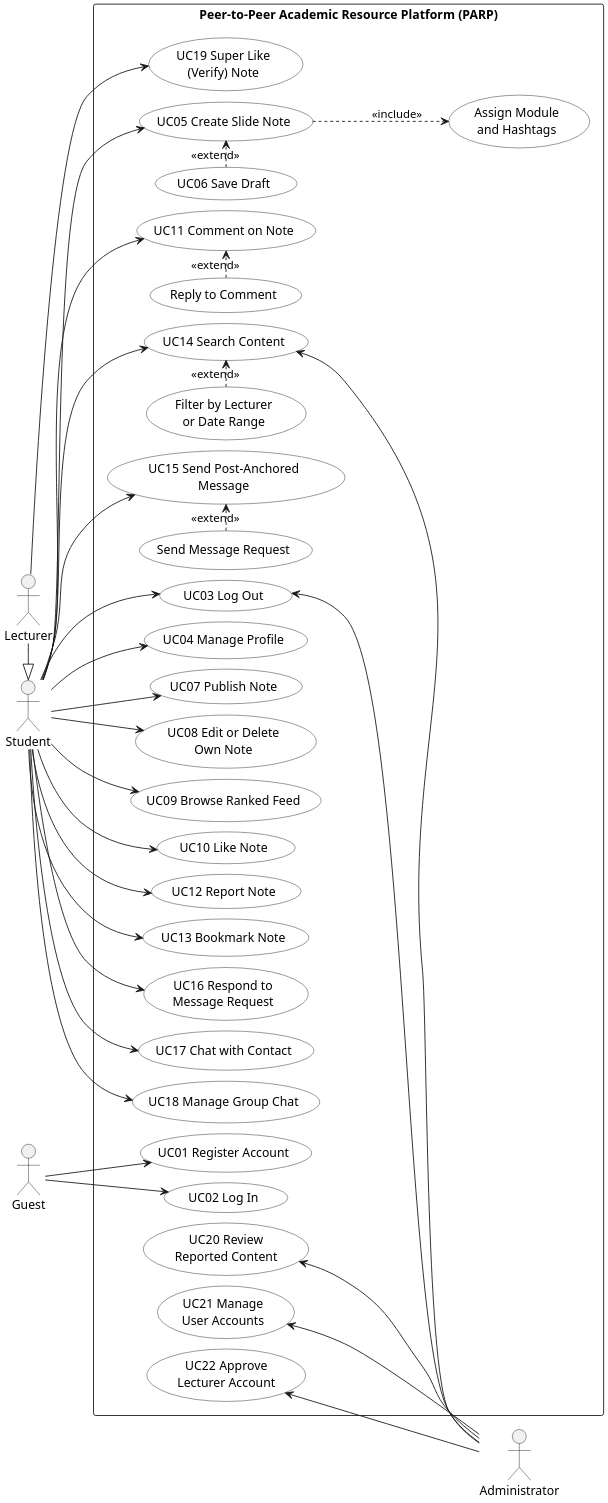
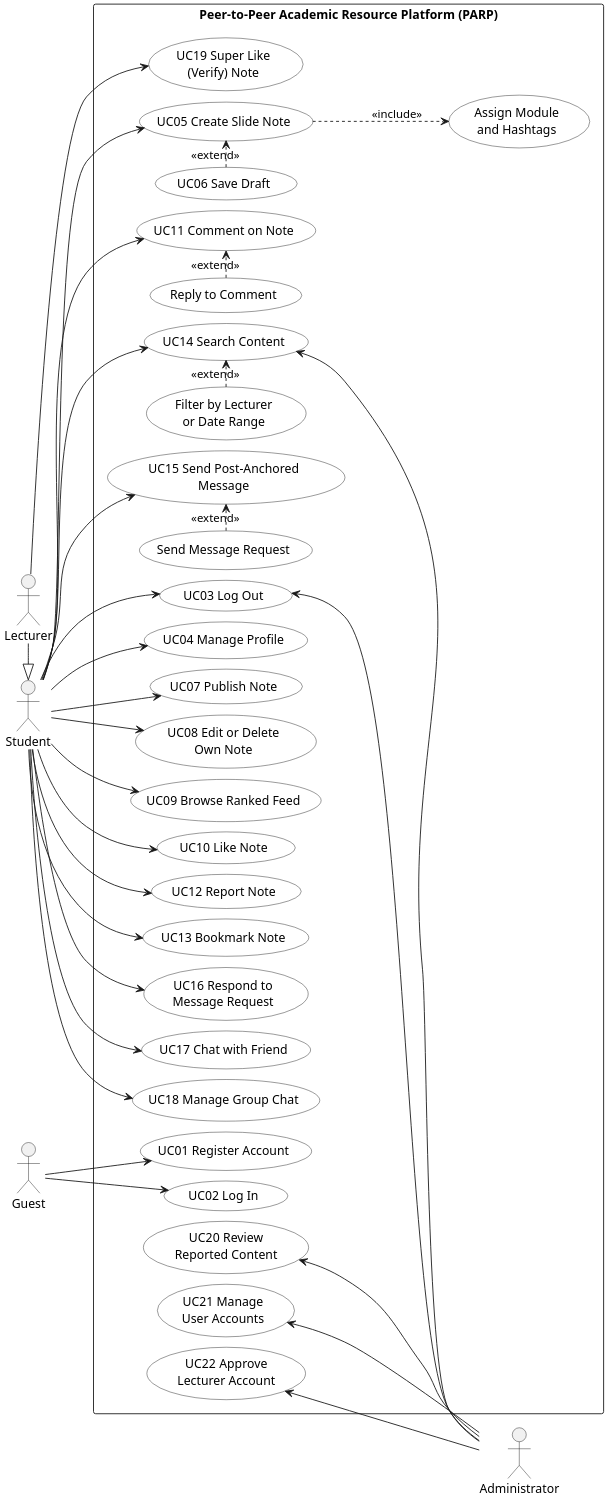
The diagram in docs/chapter4/diagrams/src/01_use_case.puml (qicai14/NotaLah), drawn with PlantUML before and after one commit. The commit also changed 9 other files, not shown here.

First line of the commit message:
Update ERD and contact diagrams for follows, snapshot, rate limit

```diff
--- a/docs/chapter4/diagrams/src/01_use_case.puml
+++ b/docs/chapter4/diagrams/src/01_use_case.puml
@@ -1,76 +1,76 @@
 @startuml use_case
 left to right direction
 skinparam shadowing false
 skinparam monochrome true
 skinparam packageStyle rectangle
 skinparam defaultFontName Arial
 skinparam usecaseBackgroundColor white
 skinparam dpi 200
 skinparam nodesep 12
 skinparam ranksep 60
 
 actor "Guest" as G
 actor "Student" as S
 actor "Lecturer" as L
 actor "Administrator" as A
 L -|> S
 
 rectangle "Peer-to-Peer Academic Resource Platform (PARP)" {
   usecase "UC01 Register Account" as UC01
   usecase "UC02 Log In" as UC02
   usecase "UC03 Log Out" as UC03
   usecase "UC04 Manage Profile" as UC04
   usecase "UC14 Search Content" as UC14
   usecase "Filter by Lecturer\nor Date Range" as UC14x
   usecase "UC05 Create Slide Note" as UC05
   usecase "Assign Module\nand Hashtags" as UC05i
   usecase "UC06 Save Draft" as UC06
   usecase "UC07 Publish Note" as UC07
   usecase "UC08 Edit or Delete\nOwn Note" as UC08
   usecase "UC09 Browse Ranked Feed" as UC09
   usecase "UC10 Like Note" as UC10
   usecase "UC11 Comment on Note" as UC11
   usecase "Reply to Comment" as UC11x
   usecase "UC12 Report Note" as UC12
   usecase "UC13 Bookmark Note" as UC13
   usecase "UC15 Send Post-Anchored\nMessage" as UC15
   usecase "Send Message Request" as UC15x
   usecase "UC16 Respond to\nMessage Request" as UC16
-  usecase "UC17 Chat with Contact" as UC17
+  usecase "UC17 Chat with Friend" as UC17
   usecase "UC18 Manage Group Chat" as UC18
   usecase "UC19 Super Like\n(Verify) Note" as UC19
   usecase "UC20 Review\nReported Content" as UC20
   usecase "UC21 Manage\nUser Accounts" as UC21
   usecase "UC22 Approve\nLecturer Account" as UC22
 }
 
 G --> UC01
 G --> UC02
 S --> UC03
 S --> UC04
 S --> UC05
 UC05 ..> UC05i : <<include>>
 UC06 .> UC05 : <<extend>>
 S --> UC07
 S --> UC08
 S --> UC09
 S --> UC10
 S --> UC11
 UC11x .> UC11 : <<extend>>
 S --> UC12
 S --> UC13
 S --> UC14
 UC14x .> UC14 : <<extend>>
 S --> UC15
 UC15x .> UC15 : <<extend>>
 S --> UC16
 S --> UC17
 S --> UC18
 L --> UC19
 
 UC03 <-- A
 UC14 <-- A
 UC20 <-- A
 UC21 <-- A
 UC22 <-- A
 @enduml
```
